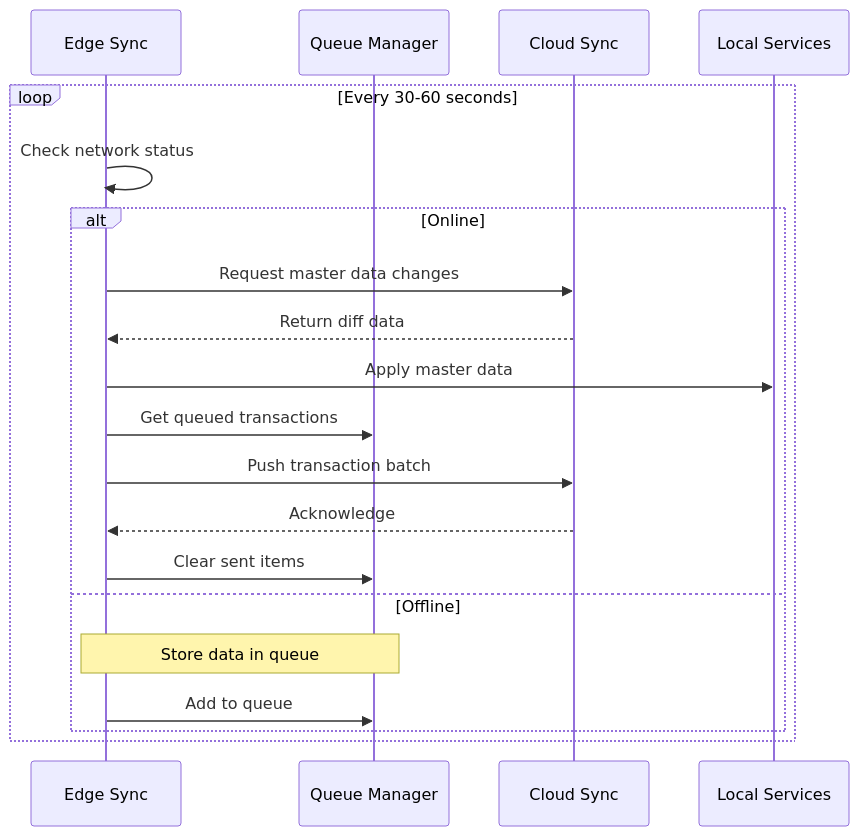
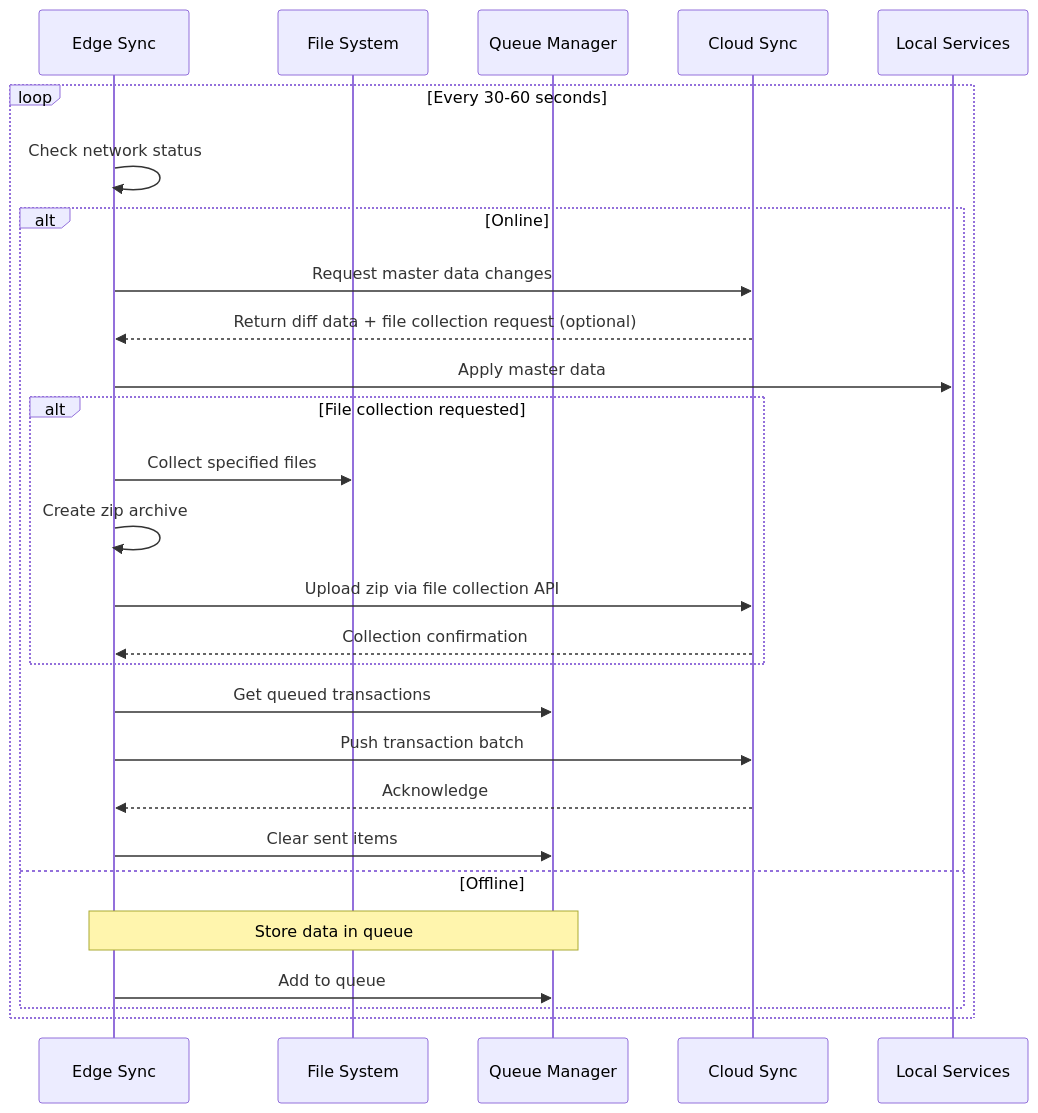
The third of 4 diagrams in notes/1-sync/design/data-exchange-overview.md (gaocuiping/kugelpos-stpos-docs-new), drawn with Mermaid before and after one commit. The commit also changed other lines of this file and 11 other files, not shown here.

First line of the commit message:
Update sync service architecture and design documents

````diff
--- a/notes/1-sync/design/data-exchange-overview.md
+++ b/notes/1-sync/design/data-exchange-overview.md
@@ -249,24 +310,32 @@
 ```mermaid
 sequenceDiagram
     participant ES as Edge Sync
+    participant FS as File System
     participant QM as Queue Manager
     participant CS as Cloud Sync
     participant LS as Local Services
 
     loop Every 30-60 seconds
         ES->>ES: Check network status
         alt Online
             ES->>CS: Request master data changes
-            CS-->>ES: Return diff data
+            CS-->>ES: Return diff data + file collection request (optional)
             ES->>LS: Apply master data
+
+            alt File collection requested
+                ES->>FS: Collect specified files
+                ES->>ES: Create zip archive
+                ES->>CS: Upload zip via file collection API
+                CS-->>ES: Collection confirmation
+            end
 
             ES->>QM: Get queued transactions
             ES->>CS: Push transaction batch
             CS-->>ES: Acknowledge
             ES->>QM: Clear sent items
         else Offline
             Note over ES,QM: Store data in queue
             ES->>QM: Add to queue
         end
     end
 ```
````
